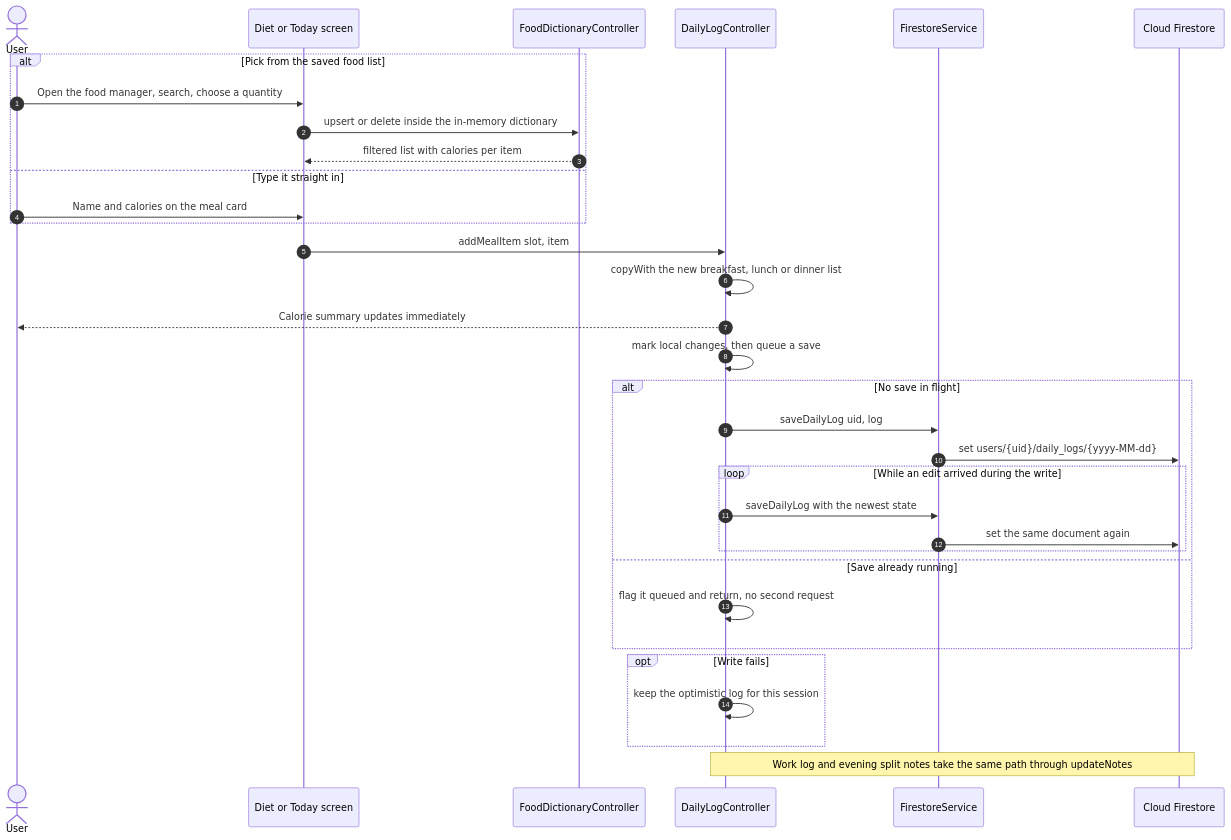
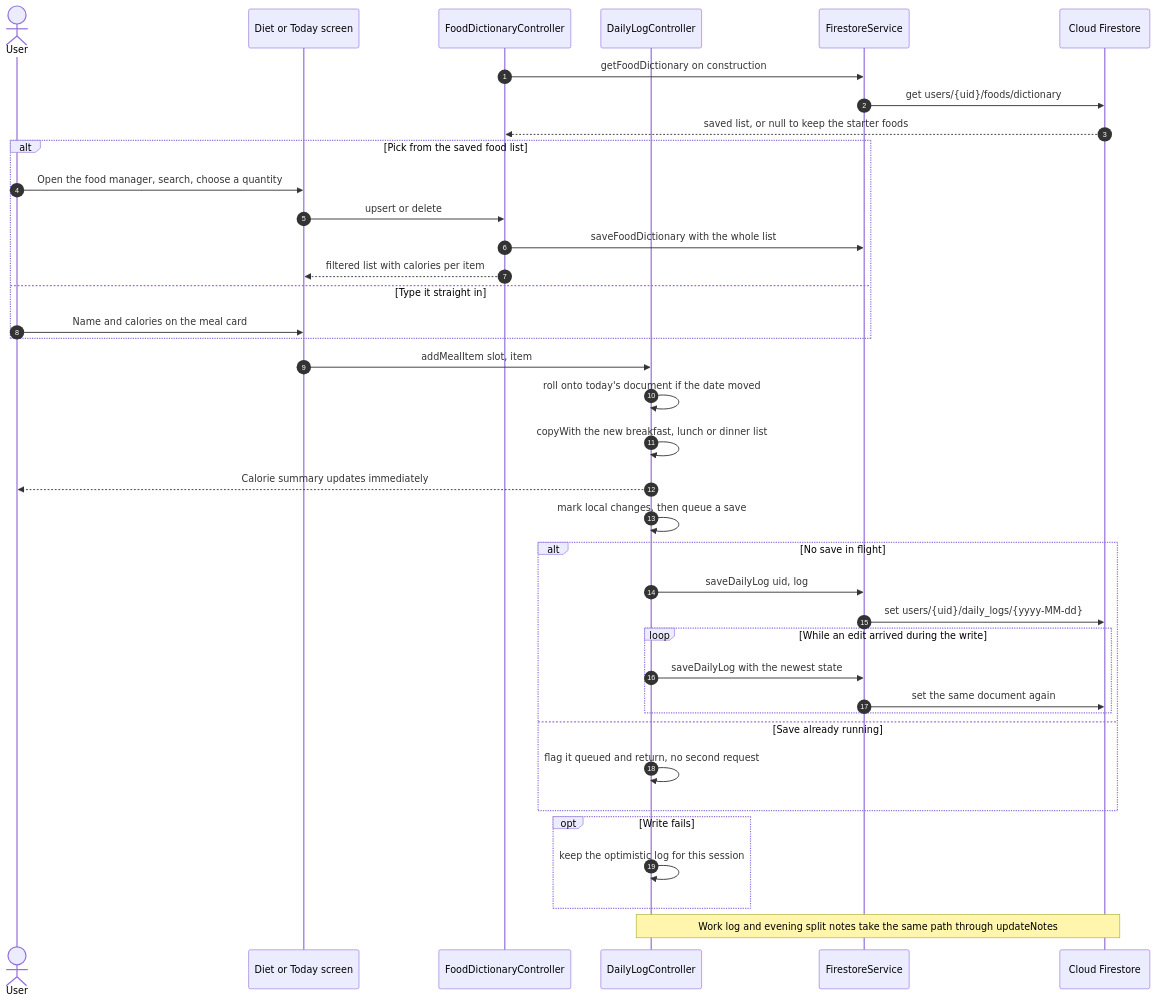
Before and after one commit to naingkhantdev/mydailylife: the diagram in docs/diagrams/seq-06-meals-notes-and-the-save-queue.mmd, drawn with Mermaid. The commit also changed 38 other files, not shown here.

```diff
--- a/docs/diagrams/seq-06-meals-notes-and-the-save-queue.mmd
+++ b/docs/diagrams/seq-06-meals-notes-and-the-save-queue.mmd
@@ -1,34 +1,39 @@
 sequenceDiagram
   autonumber
   actor U as User
   participant D as Diet or Today screen
   participant FD as FoodDictionaryController
   participant DL as DailyLogController
   participant F as FirestoreService
   participant DB as Cloud Firestore
 
+  FD->>F: getFoodDictionary on construction
+  F->>DB: get users/{uid}/foods/dictionary
+  DB-->>FD: saved list, or null to keep the starter foods
   alt Pick from the saved food list
     U->>D: Open the food manager, search, choose a quantity
-    D->>FD: upsert or delete inside the in-memory dictionary
+    D->>FD: upsert or delete
+    FD->>F: saveFoodDictionary with the whole list
     FD-->>D: filtered list with calories per item
   else Type it straight in
     U->>D: Name and calories on the meal card
   end
   D->>DL: addMealItem slot, item
+  DL->>DL: roll onto today's document if the date moved
   DL->>DL: copyWith the new breakfast, lunch or dinner list
   DL-->>U: Calorie summary updates immediately
   DL->>DL: mark local changes, then queue a save
   alt No save in flight
     DL->>F: saveDailyLog uid, log
     F->>DB: set users/{uid}/daily_logs/{yyyy-MM-dd}
     loop While an edit arrived during the write
       DL->>F: saveDailyLog with the newest state
       F->>DB: set the same document again
     end
   else Save already running
     DL->>DL: flag it queued and return, no second request
   end
   opt Write fails
     DL->>DL: keep the optimistic log for this session
   end
   Note over DL,DB: Work log and evening split notes take the same path through updateNotes
```
